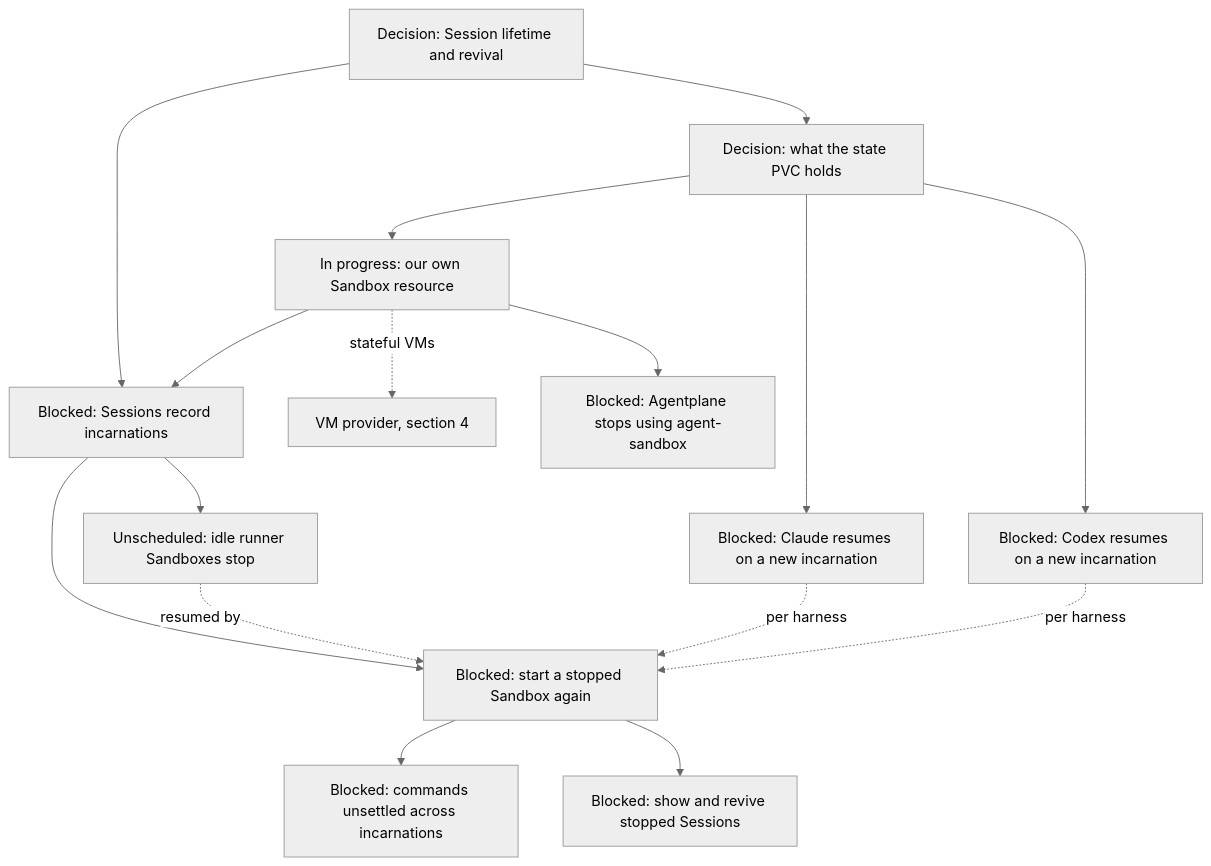
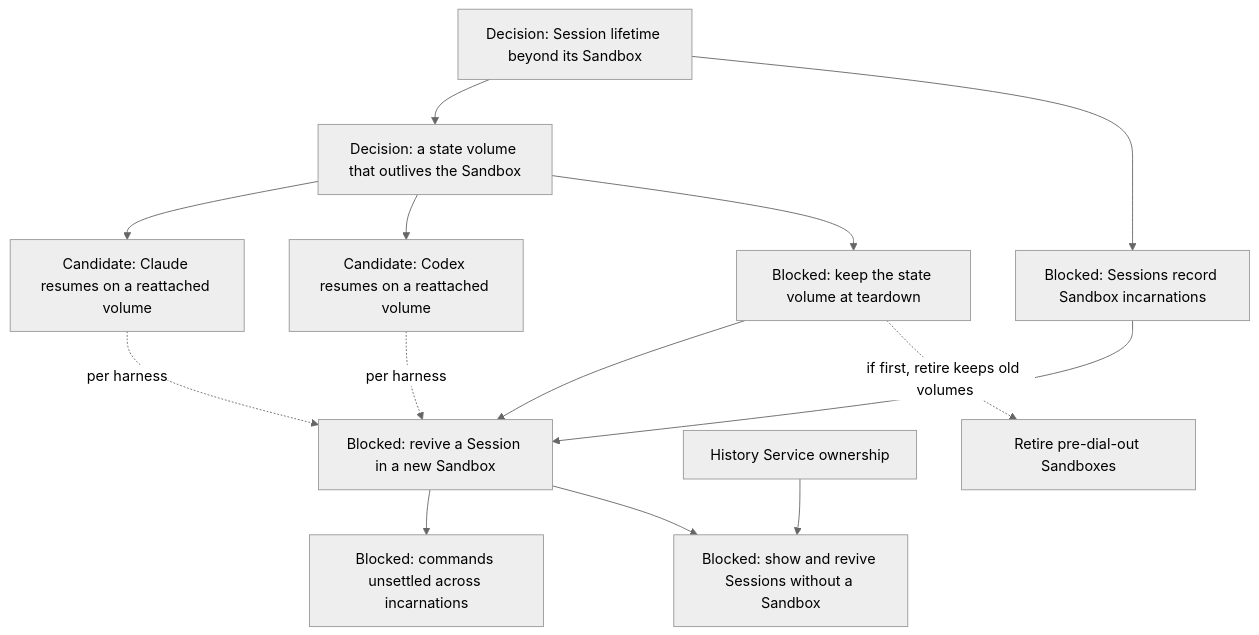
The ninth of 13 diagrams in agentplane/plans/task_dag.md (agentydragon/ducktape), drawn with Mermaid (neutral theme) before and after one commit. The commit also changed other lines of this file, not shown here.

First line of the commit message:
agentplane/plans: add the coherence refactor nodes

````diff
--- a/agentplane/plans/task_dag.md
+++ b/agentplane/plans/task_dag.md
@@ -586,28 +627,27 @@
 ```mermaid
 flowchart TD
-    DURABLE_SESSION_LIFECYCLE[Decision: Session lifetime and revival]
-    SESSION_STATE_VOLUME_DESIGN[Decision: what the state PVC holds]
-    AGENTPLANE_SANDBOX_RESOURCE[In progress: our own Sandbox resource]
-    CLAUDE_PORTABLE_STATE[Blocked: Claude resumes on a new incarnation]
-    CODEX_PORTABLE_STATE[Blocked: Codex resumes on a new incarnation]
-    SESSION_INCARNATIONS[Blocked: Sessions record incarnations]
-    SESSION_REVIVE[Blocked: start a stopped Sandbox again]
+    DURABLE_SESSION_LIFECYCLE[Decision: Session lifetime beyond its Sandbox]
+    SESSION_STATE_VOLUME_DESIGN[Decision: a state volume that outlives the Sandbox]
+    CLAUDE_PORTABLE_STATE[Candidate: Claude resumes on a reattached volume]
+    CODEX_PORTABLE_STATE[Candidate: Codex resumes on a reattached volume]
+    SESSION_INCARNATIONS[Blocked: Sessions record Sandbox incarnations]
+    STATE_VOLUME_RETENTION[Blocked: keep the state volume at teardown]
+    SESSION_REVIVE[Blocked: revive a Session in a new Sandbox]
     THREAD_SUCCESSOR_DELIVERY[Blocked: commands unsettled across incarnations]
-    HOSTED_THREAD_SURFACES[Blocked: show and revive stopped Sessions]
-    VM_PROVIDER[VM provider, section 4]
+    HOSTED_THREAD_SURFACES[Blocked: show and revive Sessions without a Sandbox]
+    HISTORY_SERVICE_OWNERSHIP[History Service ownership]
+    LEGACY_SANDBOX_RETIRE[Retire pre-dial-out Sandboxes]
     DURABLE_SESSION_LIFECYCLE --> SESSION_STATE_VOLUME_DESIGN
     DURABLE_SESSION_LIFECYCLE --> SESSION_INCARNATIONS
-    SESSION_STATE_VOLUME_DESIGN --> AGENTPLANE_SANDBOX_RESOURCE
     SESSION_STATE_VOLUME_DESIGN --> CLAUDE_PORTABLE_STATE
     SESSION_STATE_VOLUME_DESIGN --> CODEX_PORTABLE_STATE
-    AGENTPLANE_SANDBOX_RESOURCE --> SESSION_INCARNATIONS
-    AGENTPLANE_SANDBOX_RESOURCE --> AGENT_SANDBOX_RETIRE[Blocked: Agentplane stops using agent-sandbox]
-    AGENTPLANE_SANDBOX_RESOURCE -. stateful VMs .-> VM_PROVIDER
+    SESSION_STATE_VOLUME_DESIGN --> STATE_VOLUME_RETENTION
     SESSION_INCARNATIONS --> SESSION_REVIVE
-    SESSION_INCARNATIONS --> SANDBOX_IDLE_EXPIRY[Unscheduled: idle runner Sandboxes stop]
-    SANDBOX_IDLE_EXPIRY -. resumed by .-> SESSION_REVIVE
+    STATE_VOLUME_RETENTION --> SESSION_REVIVE
     CLAUDE_PORTABLE_STATE -. per harness .-> SESSION_REVIVE
     CODEX_PORTABLE_STATE -. per harness .-> SESSION_REVIVE
     SESSION_REVIVE --> THREAD_SUCCESSOR_DELIVERY
     SESSION_REVIVE --> HOSTED_THREAD_SURFACES
+    HISTORY_SERVICE_OWNERSHIP --> HOSTED_THREAD_SURFACES
+    STATE_VOLUME_RETENTION -. if first, retire keeps old volumes .-> LEGACY_SANDBOX_RETIRE
 ```
````
